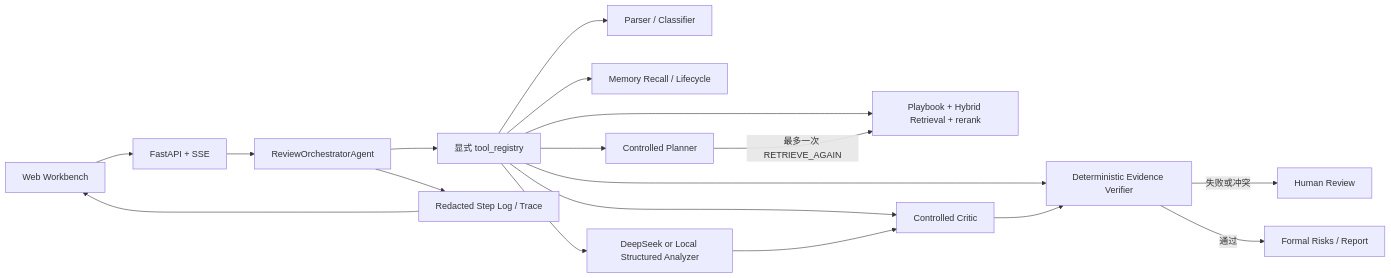
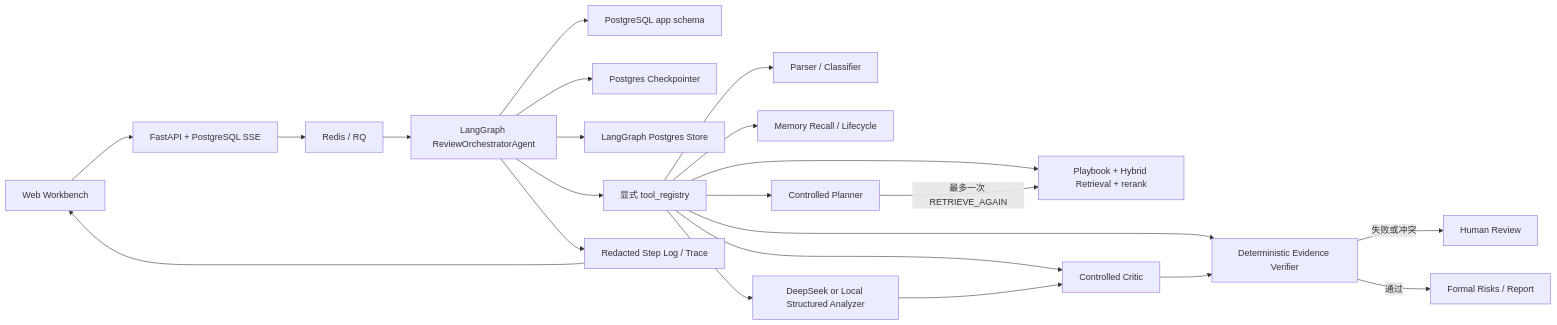
The diagram in README.md (783821289gu-cell/reviewAgent), drawn with Mermaid before and after one commit. The commit also changed other lines of this file and 30 other files, not shown here.

````diff
--- a/README.md
+++ b/README.md
@@ -111,19 +111,23 @@
 ```mermaid
 flowchart LR
-    Web["Web Workbench"] --> API["FastAPI + SSE"]
-    API --> Agent["ReviewOrchestratorAgent"]
+    Web["Web Workbench"] --> API["FastAPI + PostgreSQL SSE"]
+    API --> Queue["Redis / RQ"]
+    Queue --> Agent["LangGraph ReviewOrchestratorAgent"]
+    Agent --> DB["PostgreSQL app schema"]
+    Agent --> Checkpoint["Postgres Checkpointer"]
+    Agent --> Store["LangGraph Postgres Store"]
     Agent --> Registry["显式 tool_registry"]
     Registry --> Parse["Parser / Classifier"]
     Registry --> Retrieve["Playbook + Hybrid Retrieval + rerank"]
     Registry --> Memory["Memory Recall / Lifecycle"]
     Registry --> Analyze["DeepSeek or Local Structured Analyzer"]
     Registry --> Planner["Controlled Planner"]
     Registry --> Critic["Controlled Critic"]
     Registry --> Evidence["Deterministic Evidence Verifier"]
     Planner -->|"最多一次 RETRIEVE_AGAIN"| Retrieve
     Analyze --> Critic --> Evidence
     Evidence -->|"失败或冲突"| Human["Human Review"]
     Evidence -->|"通过"| Result["Formal Risks / Report"]
     Agent --> Trace["Redacted Step Log / Trace"]
     Trace --> Web
 ```
````
